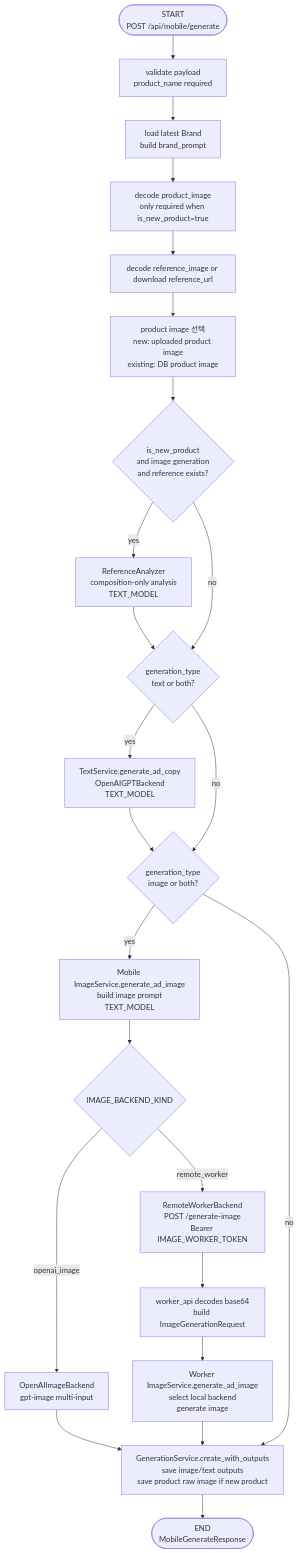
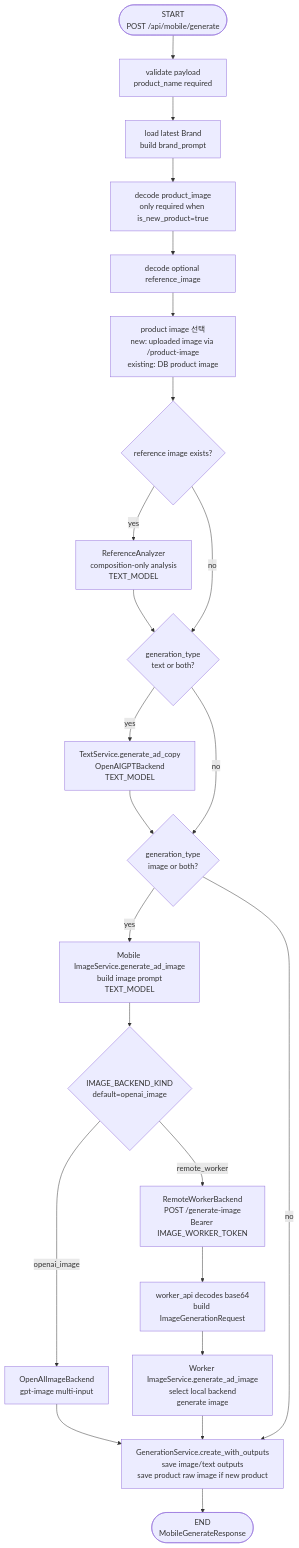
One commit to juyoung-song/Gen_for_SmallBusiness changed the second of 5 diagrams in docs/mobile_worker_workflow.md. Above: the diagram before and after it, drawn with Mermaid. The commit also changed other lines of this file and 5 other files, not shown here.

````diff
--- a/docs/mobile_worker_workflow.md
+++ b/docs/mobile_worker_workflow.md
@@ -55,33 +55,33 @@
 ```mermaid
 flowchart TD
     Start(["START<br/>POST /api/mobile/generate"])
     Validate["validate payload<br/>product_name required"]
     LoadBrand["load latest Brand<br/>build brand_prompt"]
     DecodeProduct["decode product_image<br/>only required when is_new_product=true"]
-    DecodeReference["decode reference_image or download reference_url"]
-    PickImageInput["product image 선택<br/>new: uploaded product image<br/>existing: DB product image"]
-    AnalyzeReference{"is_new_product<br/>and image generation<br/>and reference exists?"}
+    DecodeReference["decode optional reference_image"]
+    PickImageInput["product image 선택<br/>new: uploaded image via /product-image<br/>existing: DB product image"]
+    AnalyzeReference{"reference image exists?"}
     RefAnalysis["ReferenceAnalyzer<br/>composition-only analysis<br/>TEXT_MODEL"]
     NeedText{"generation_type<br/>text or both?"}
     TextNode["TextService.generate_ad_copy<br/>OpenAIGPTBackend<br/>TEXT_MODEL"]
     NeedImage{"generation_type<br/>image or both?"}
     MobileImage["Mobile ImageService.generate_ad_image<br/>build image prompt<br/>TEXT_MODEL"]
-    BackendChoice{"IMAGE_BACKEND_KIND"}
+    BackendChoice{"IMAGE_BACKEND_KIND<br/>default=openai_image"}
     OpenAIImageNode["OpenAIImageBackend<br/>gpt-image multi-input"]
     RemoteCall["RemoteWorkerBackend<br/>POST /generate-image<br/>Bearer IMAGE_WORKER_TOKEN"]
     WorkerDecode["worker_api decodes base64<br/>build ImageGenerationRequest"]
     WorkerImage["Worker ImageService.generate_ad_image<br/>select local backend<br/>generate image"]
     Save["GenerationService.create_with_outputs<br/>save image/text outputs<br/>save product raw image if new product"]
     Response(["END<br/>MobileGenerateResponse"])
 
     Start --> Validate --> LoadBrand --> DecodeProduct --> DecodeReference --> PickImageInput --> AnalyzeReference
     AnalyzeReference -- yes --> RefAnalysis --> NeedText
     AnalyzeReference -- no --> NeedText
     NeedText -- yes --> TextNode --> NeedImage
     NeedText -- no --> NeedImage
     NeedImage -- yes --> MobileImage --> BackendChoice
     BackendChoice -- openai_image --> OpenAIImageNode --> Save
     BackendChoice -- remote_worker --> RemoteCall --> WorkerDecode --> WorkerImage --> Save
     NeedImage -- no --> Save
     Save --> Response
 ```
````
